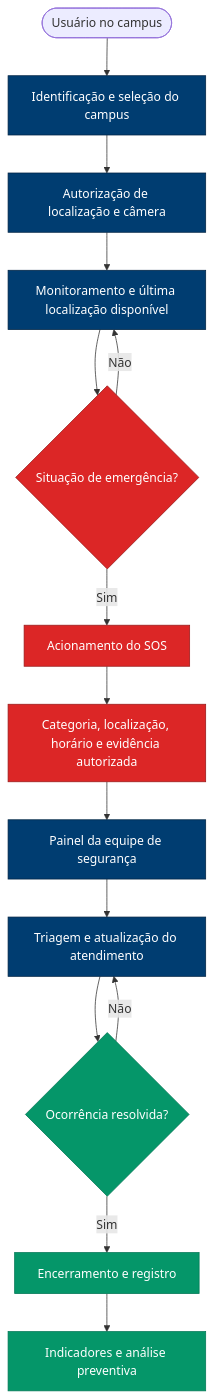
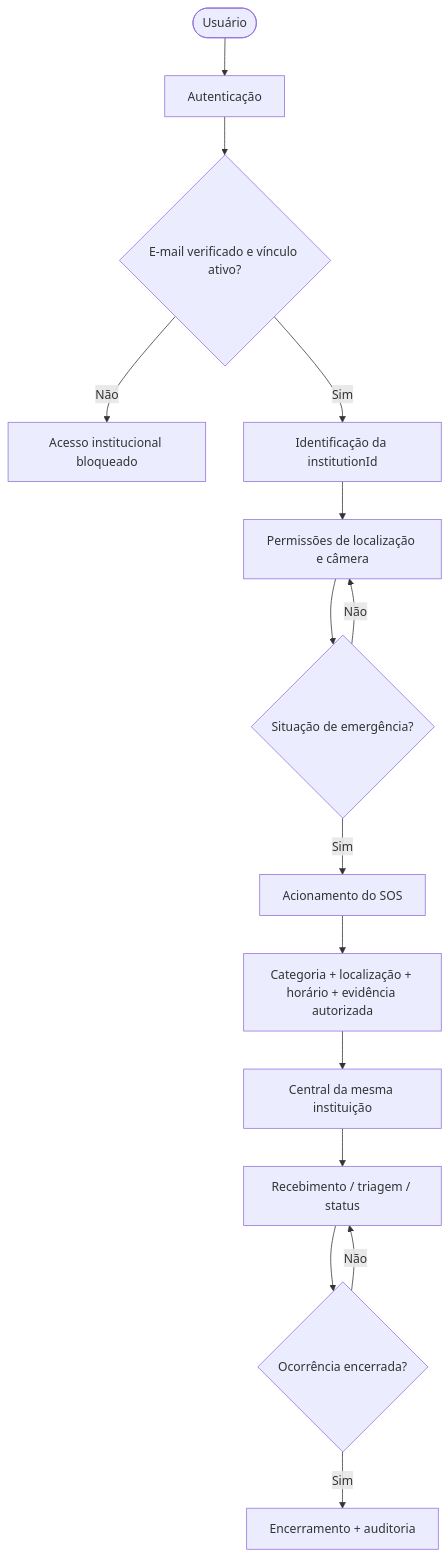
One commit to Priscillacahino/UniGuard changed the diagram in README.md. Above: the diagram before and after it, drawn with Mermaid. The commit also changed other lines of this file, not shown here.

````diff
--- a/README.md
+++ b/README.md
@@ -118,23 +128,17 @@
 ```mermaid
 flowchart TD
-    A([Usuário no campus]) --> B[Identificação e seleção do campus]
-    B --> C[Autorização de localização e câmera]
-    C --> D[Monitoramento e última localização disponível]
-    D --> E{Situação de emergência?}
-    E -- Não --> D
-    E -- Sim --> F[Acionamento do SOS]
-    F --> G[Categoria, localização, horário e evidência autorizada]
-    G --> H[Painel da equipe de segurança]
-    H --> I[Triagem e atualização do atendimento]
-    I --> J{Ocorrência resolvida?}
-    J -- Não --> I
-    J -- Sim --> K[Encerramento e registro]
-    K --> L[Indicadores e análise preventiva]
-
-    classDef primary fill:#003d71,stroke:#002444,color:#fff;
-    classDef emergency fill:#dc2626,stroke:#991b1b,color:#fff;
-    classDef success fill:#059669,stroke:#047857,color:#fff;
-    class B,C,D,H,I primary;
-    class E,F,G emergency;
-    class J,K,L success;
+    A([Usuário]) --> B[Autenticação]
+    B --> C{E-mail verificado e vínculo ativo?}
+    C -- Não --> X[Acesso institucional bloqueado]
+    C -- Sim --> D[Identificação da institutionId]
+    D --> E[Permissões de localização e câmera]
+    E --> F{Situação de emergência?}
+    F -- Não --> E
+    F -- Sim --> G[Acionamento do SOS]
+    G --> H[Categoria + localização + horário + evidência autorizada]
+    H --> I[Central da mesma instituição]
+    I --> J[Recebimento / triagem / status]
+    J --> K{Ocorrência encerrada?}
+    K -- Não --> J
+    K -- Sim --> L[Encerramento + auditoria]
 ```
````
